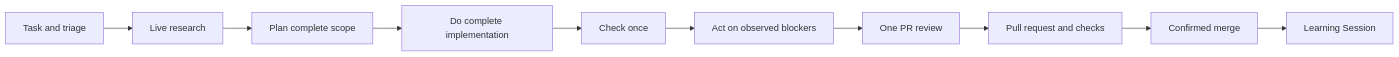
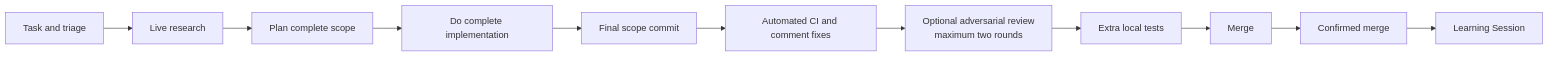
Before and after one commit to ShaftHQ/SHAFT_ENGINE: the first of 13 diagrams in chaos-engine/README.md, drawn with Mermaid. The commit also changed other lines of this file and 33 other files, not shown here.

````diff
--- a/chaos-engine/README.md
+++ b/chaos-engine/README.md
@@ -48,14 +48,15 @@
 ```mermaid
 flowchart LR
     accTitle: ChaosEngine delivery loop
     accDescr: A task moves through Plan, Do, Check, Act, delivery, and one durable learning decision without microstep loops.
     T[Task and triage] --> R[Live research]
     R --> P[Plan complete scope]
     P --> D[Do complete implementation]
-    D --> V[Check once]
-    V --> A[Act on observed blockers]
-    A --> X[One PR review]
-    X --> G[Pull request and checks]
+    D --> F[Final scope commit]
+    F --> A[Automated CI and comment fixes]
+    A --> X[Optional adversarial review<br/>maximum two rounds]
+    X --> V[Extra local tests]
+    V --> G[Merge]
     G --> M[Confirmed merge]
     M --> L[Learning Session]
 ```
````
